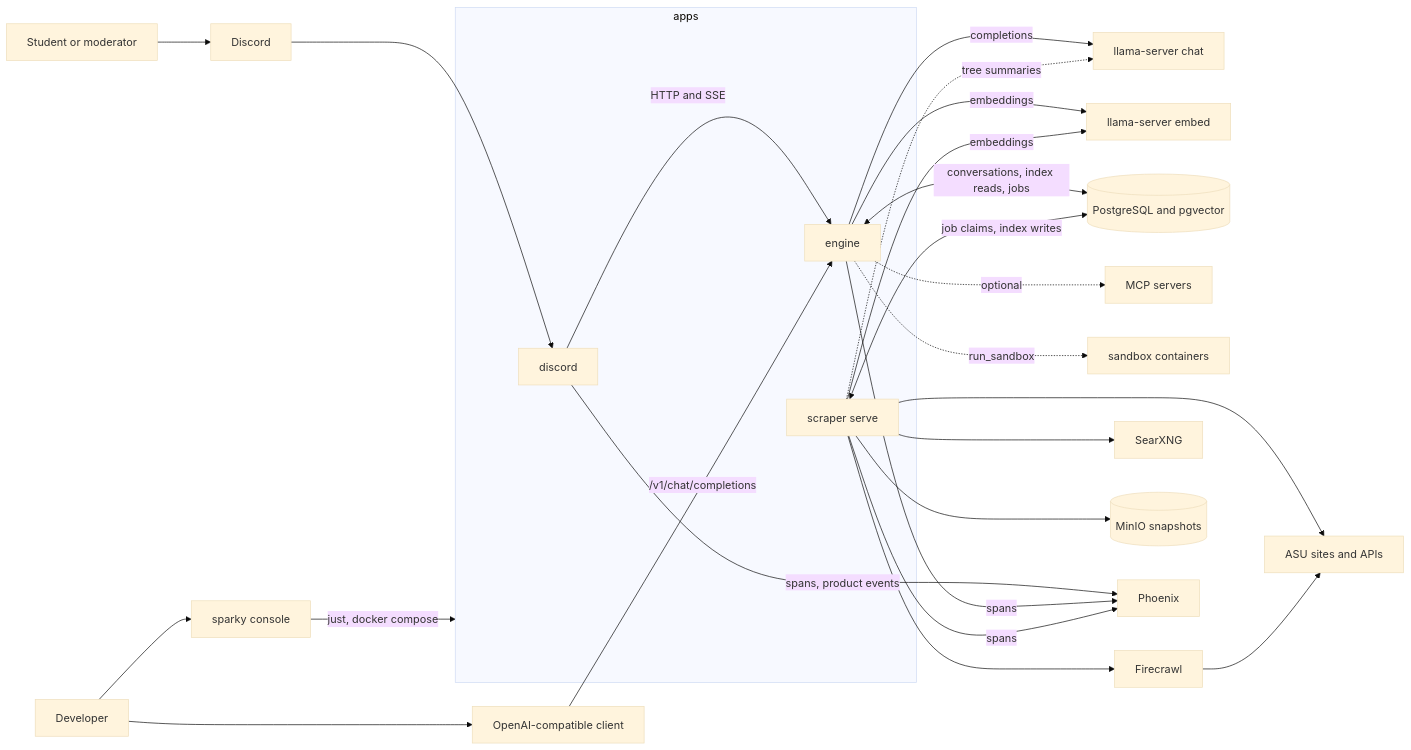
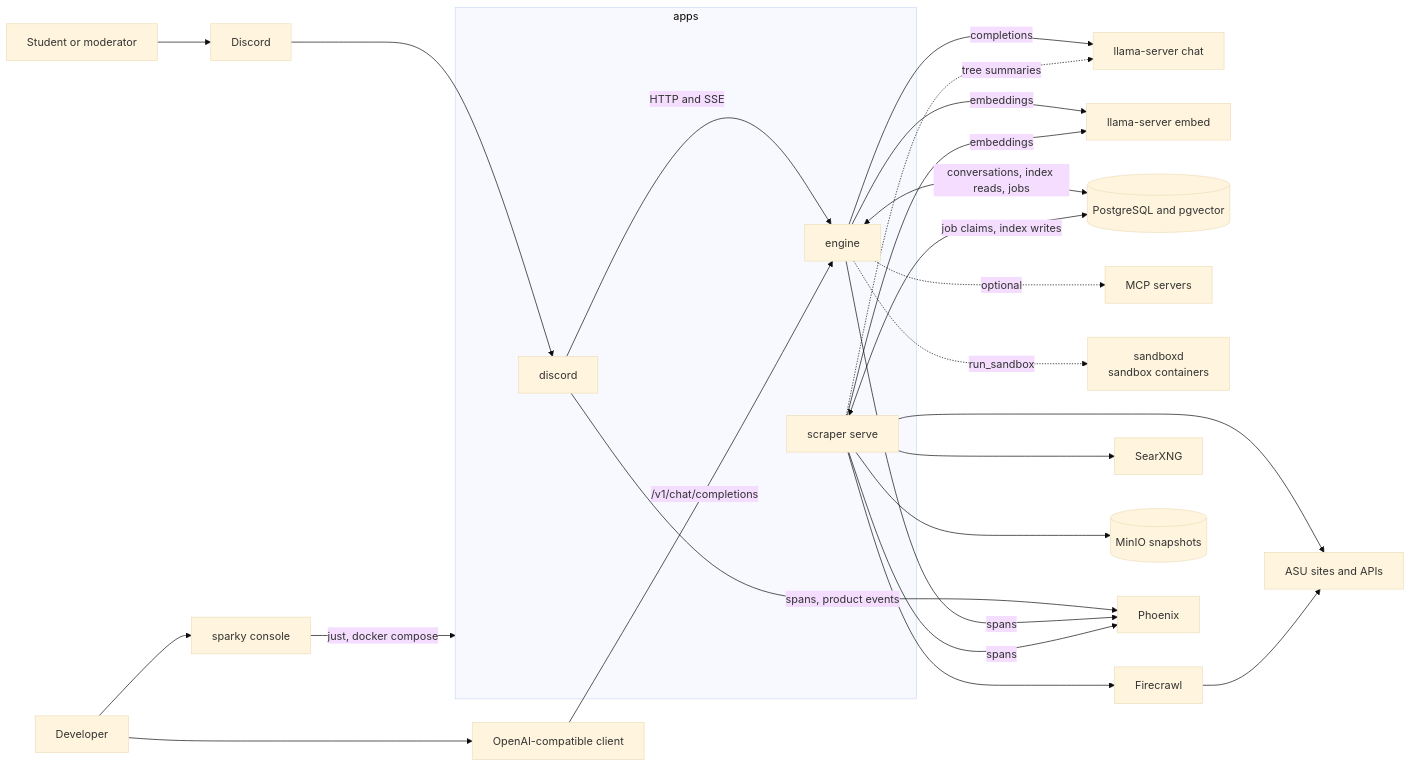
Before and after one commit to ashworks1706/SparkyAI: the first of 10 diagrams in docs/ARCHITECTURE.md, drawn with Mermaid (base theme). The commit also changed other lines of this file and 25 other files, not shown here.

````diff
--- a/docs/ARCHITECTURE.md
+++ b/docs/ARCHITECTURE.md
@@ -88,36 +88,36 @@
 ```mermaid
 flowchart LR
     U["Student or moderator"] --> DC["Discord"]
     DEV["Developer"] --> CLI["sparky console"]
     DEV --> OAI["OpenAI-compatible client"]
 
     subgraph apps ["apps"]
         BOT["discord"]
         ENG["engine"]
         SCR["scraper serve"]
     end
 
     DC --> BOT
     BOT -->|"HTTP and SSE"| ENG
     OAI -->|"/v1/chat/completions"| ENG
     CLI -->|"just, docker compose"| apps
 
     ENG -->|"completions"| CHAT["llama-server chat"]
     ENG -->|"embeddings"| EMB["llama-server embed"]
     ENG <-->|"conversations, index reads, jobs"| PG[("PostgreSQL and pgvector")]
     ENG -.->|"optional"| MCP["MCP servers"]
-    ENG -.->|"run_sandbox"| SBX["sandbox containers"]
+    ENG -.->|"run_sandbox"| SBX["sandboxd<br/>sandbox containers"]
 
     SCR <-->|"job claims, index writes"| PG
     SCR -->|"embeddings"| EMB
     SCR -.->|"tree summaries"| CHAT
     SCR --> FC["Firecrawl"]
     SCR --> SX["SearXNG"]
     SCR --> SITES["ASU sites and APIs"]
     FC --> SITES
     SCR --> S3[("MinIO snapshots")]
 
     BOT -->|"spans, product events"| OBS["Phoenix"]
     ENG -->|"spans"| OBS
     SCR -->|"spans"| OBS
 ```
````
